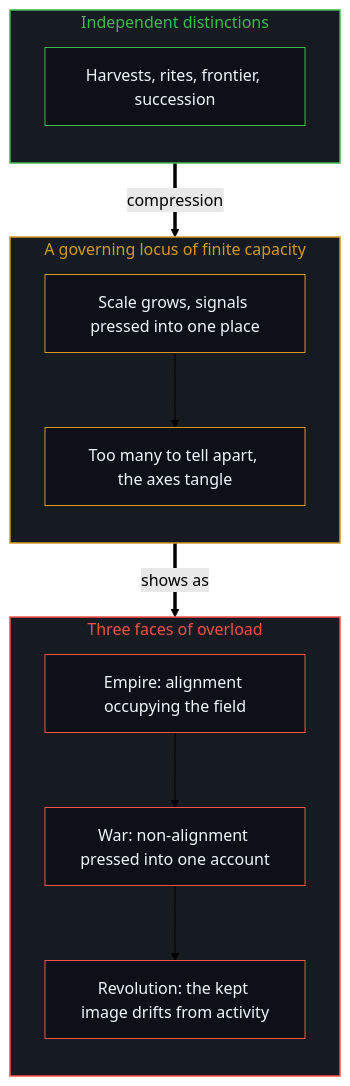
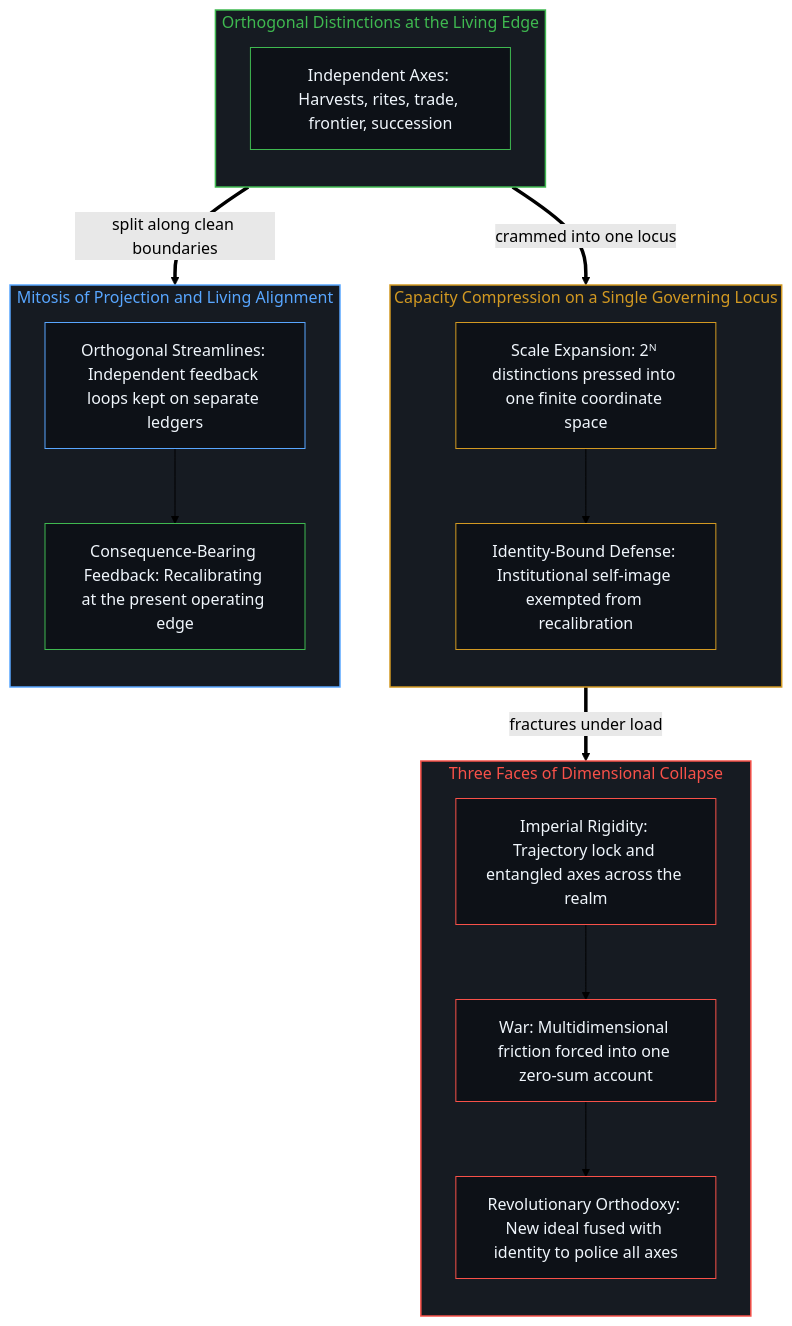
The second of 2 diagrams in content/posts/war-revolution-and-the-fall-of-empires.md (powerpig99/not-a-toe), drawn with Mermaid (forest theme) before and after one commit. The commit also changed other lines of this file and 3 other files, not shown here.

Commit message:
Refine L2 #172, #173 & #174: the-causal-inversion-of-philosophical-agency, war-revolution-and-the-fall-of-empires & coordinate-systems-mind-and-degrees-of-freedom (Wave 3)

````diff
--- a/content/posts/war-revolution-and-the-fall-of-empires.md
+++ b/content/posts/war-revolution-and-the-fall-of-empires.md
@@ -56,32 +65,41 @@
 ```mermaid
 flowchart TD
-    subgraph S_Axes["Independent distinctions"]
+    subgraph S_Axes["Orthogonal Distinctions at the Living Edge"]
         direction TB
-        A1["Harvests, rites, frontier, succession"]
+        A1["Independent Axes: Harvests, rites, trade, frontier, succession"]
     end
-    subgraph S_Locus["A governing locus of finite capacity"]
+    subgraph S_Locus["Capacity Compression on a Single Governing Locus"]
         direction TB
-        L1["Scale grows, signals pressed into one place"]
-        L2["Too many to tell apart, the axes tangle"]
+        L1["Scale Expansion: 2ᴺ distinctions pressed into one finite coordinate space"]
+        L2["Identity-Bound Defense: Institutional self-image exempted from recalibration"]
+        L1 --> L2
     end
-    subgraph S_Out["Three faces of overload"]
+    subgraph S_Collapse["Three Faces of Dimensional Collapse"]
         direction TB
-        O1["Empire: alignment occupying the field"]
-        O2["War: non-alignment pressed into one account"]
-        O3["Revolution: the kept image drifts from activity"]
+        O1["Imperial Rigidity: Trajectory lock and entangled axes across the realm"]
+        O2["War: Multidimensional friction forced into one zero-sum account"]
+        O3["Revolutionary Orthodoxy: New ideal fused with identity to police all axes"]
+        O1 --> O2 --> O3
     end
-    A1 ==>|"compression"| L1
-    L1 --> L2
-    L2 ==>|"shows as"| O1
-    O1 --> O2
-    O2 --> O3
+    subgraph S_Open["Mitosis of Projection and Living Alignment"]
+        direction TB
+        M1["Orthogonal Streamlines: Independent feedback loops kept on separate ledgers"]
+        M2["Consequence-Bearing Feedback: Recalibrating at the present operating edge"]
+        M1 --> M2
+    end
+    A1 ==>|"crammed into one locus"| L1
+    L2 ==>|"fractures under load"| O1
+    A1 ==>|"split along clean boundaries"| M1
     style S_Axes fill:#161b22,stroke:#3fb950,stroke-width:1.5px,color:#3fb950
     style S_Locus fill:#161b22,stroke:#d29922,stroke-width:1.5px,color:#d29922
-    style S_Out fill:#161b22,stroke:#f85149,stroke-width:1.5px,color:#f85149
+    style S_Collapse fill:#161b22,stroke:#f85149,stroke-width:1.5px,color:#f85149
+    style S_Open fill:#161b22,stroke:#58a6ff,stroke-width:1.5px,color:#58a6ff
     style A1 fill:#0d1117,stroke:#3fb950,stroke-width:1px,color:#f0f6fc
     style L1 fill:#0d1117,stroke:#d29922,stroke-width:1px,color:#f0f6fc
     style L2 fill:#0d1117,stroke:#d29922,stroke-width:1px,color:#f0f6fc
     style O1 fill:#0d1117,stroke:#f85149,stroke-width:1px,color:#f0f6fc
     style O2 fill:#0d1117,stroke:#f85149,stroke-width:1px,color:#f0f6fc
     style O3 fill:#0d1117,stroke:#f85149,stroke-width:1px,color:#f0f6fc
+    style M1 fill:#0d1117,stroke:#58a6ff,stroke-width:1px,color:#f0f6fc
+    style M2 fill:#0d1117,stroke:#3fb950,stroke-width:1px,color:#f0f6fc
 ```
````
